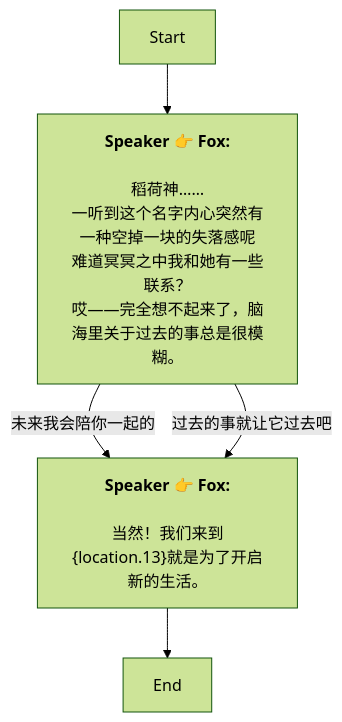
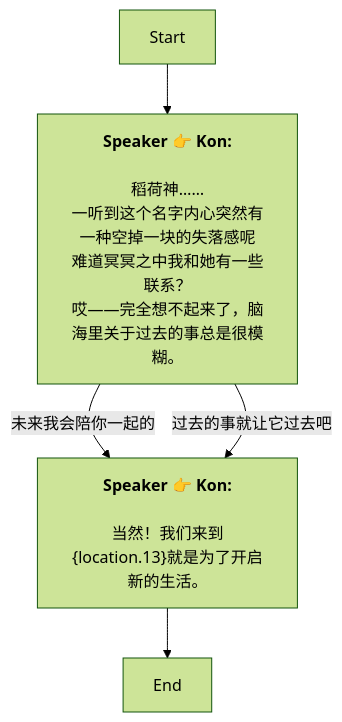
One commit to SoftHu/tos_avg changed the diagram in Zh/AddDialogNode_1739681713559789.md. Above: the diagram before and after it, drawn with Mermaid (forest theme). The commit also changed 730 other files, not shown here.

````diff
--- a/Zh/AddDialogNode_1739681713559789.md
+++ b/Zh/AddDialogNode_1739681713559789.md
@@ -1,13 +1,13 @@
 ```mermaid
 graph
-Start -->1739682690791664[<b>Speaker 👉 Fox:</b>
+Start -->1739682690791664[<b>Speaker 👉 Kon:</b>
 \n稻荷神……
 一听到这个名字内心突然有一种空掉一块的失落感呢
 难道冥冥之中我和她有一些联系？\n哎——完全想不起来了，脑海里关于过去的事总是很模糊。]
-1739682690791664 -->|未来我会陪你一起的|1739683298809078[<b>Speaker 👉 Fox:</b>
+1739682690791664 -->|未来我会陪你一起的|1739683298809078[<b>Speaker 👉 Kon:</b>
 \n当然！我们来到&lbrace;location.13&rbrace;就是为了开启新的生活。]
-1739682690791664 -->|过去的事就让它过去吧|1739683298809078[<b>Speaker 👉 Fox:</b>
+1739682690791664 -->|过去的事就让它过去吧|1739683298809078[<b>Speaker 👉 Kon:</b>
 \n当然！我们来到&lbrace;location.13&rbrace;就是为了开启新的生活。]
 1739683298809078 -->1739683721411831[End]
 
 ```
````
